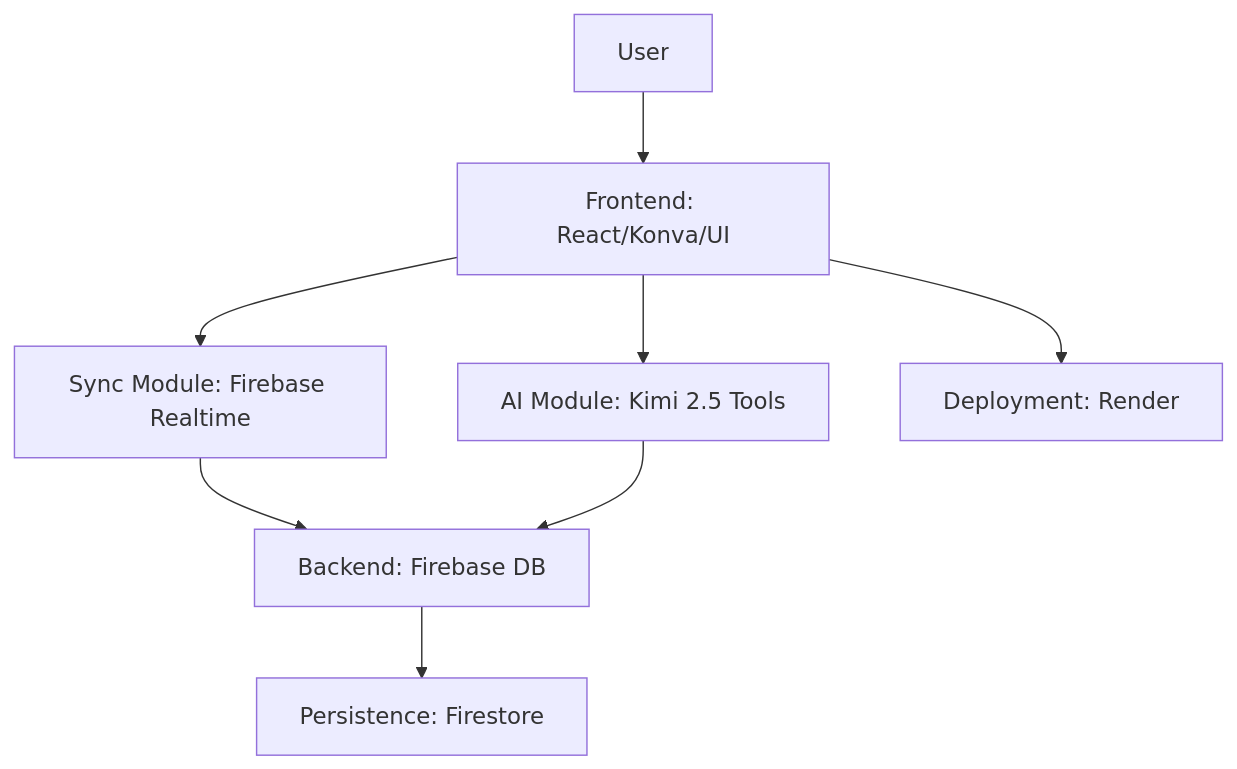
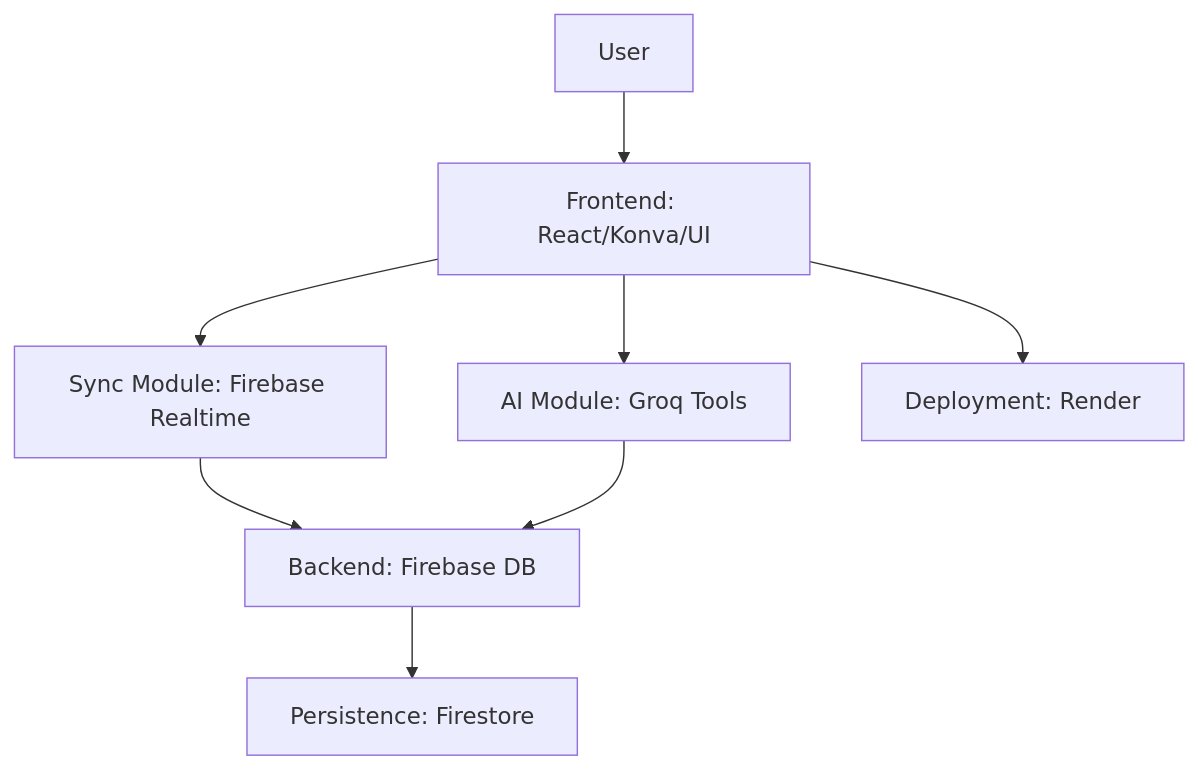
The first of 2 diagrams in docs/research/PRD-V1.md (MichaelHabermas/gai-collab-board), drawn with Mermaid before and after one commit. The commit also changed other lines of this file and 30 other files, not shown here.

````diff
--- a/docs/research/PRD-V1.md
+++ b/docs/research/PRD-V1.md
@@ -26,10 +26,10 @@
 ```mermaid
 flowchart TD
     A[User] --> B[Frontend: React/Konva/UI]
     B --> C[Sync Module: Firebase Realtime]
-    B --> D[AI Module: Kimi 2.5 Tools]
+    B --> D[AI Module: Groq Tools]
     C --> E[Backend: Firebase DB]
     D --> E
     E --> F[Persistence: Firestore]
     B --> G[Deployment: Render]
 ```
````
